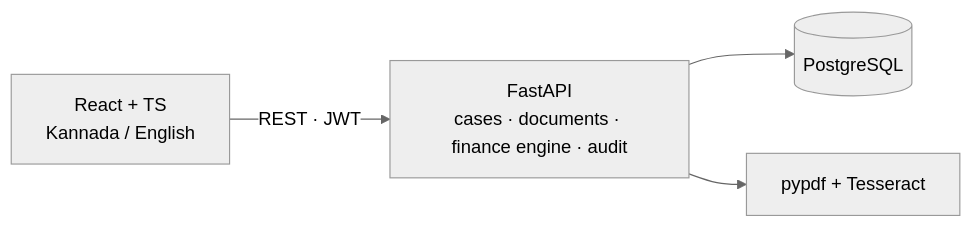
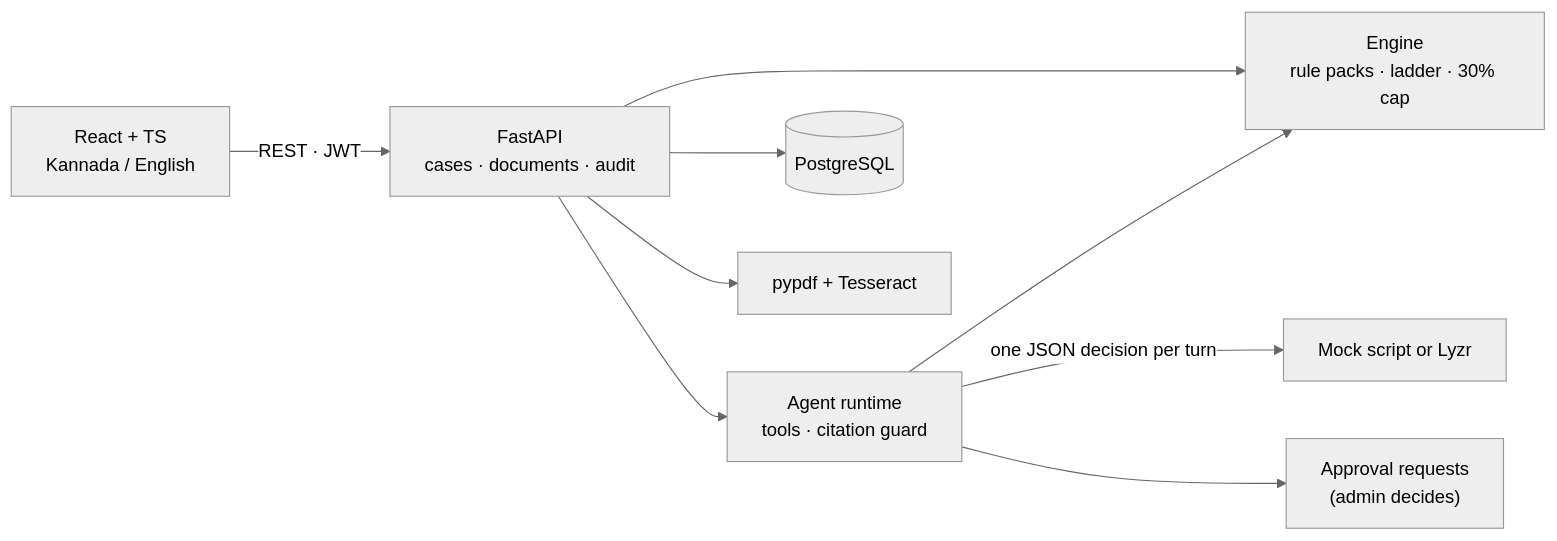
Before and after one commit to SrijaMalhar/mane-maarga: the second of 2 diagrams in README.md, drawn with Mermaid (neutral theme). The commit also changed other lines of this file and 8 other files, not shown here.

Commit message:
docs: README for cited rules, agent runtime and new screenshots; changelog

````diff
--- a/README.md
+++ b/README.md
@@ -103,6 +113,11 @@
 ```mermaid
 flowchart LR
-    UI["React + TS<br/>Kannada / English"] -- "REST · JWT" --> API["FastAPI<br/>cases · documents · finance engine · audit"]
+    UI["React + TS<br/>Kannada / English"] -- "REST · JWT" --> API["FastAPI<br/>cases · documents · audit"]
+    API --> ENG["Engine<br/>rule packs · ladder · 30% cap"]
+    API --> RT["Agent runtime<br/>tools · citation guard"]
+    RT -- "one JSON decision per turn" --> LLM["Mock script or Lyzr"]
+    RT --> ENG
+    RT --> GATE["Approval requests<br/>(admin decides)"]
     API --> DB[("PostgreSQL")]
     API --> OCR["pypdf + Tesseract"]
 ```
````
